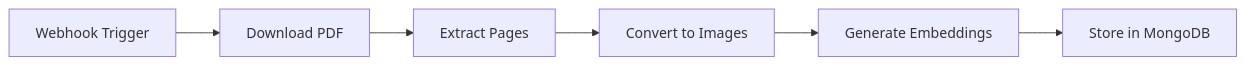
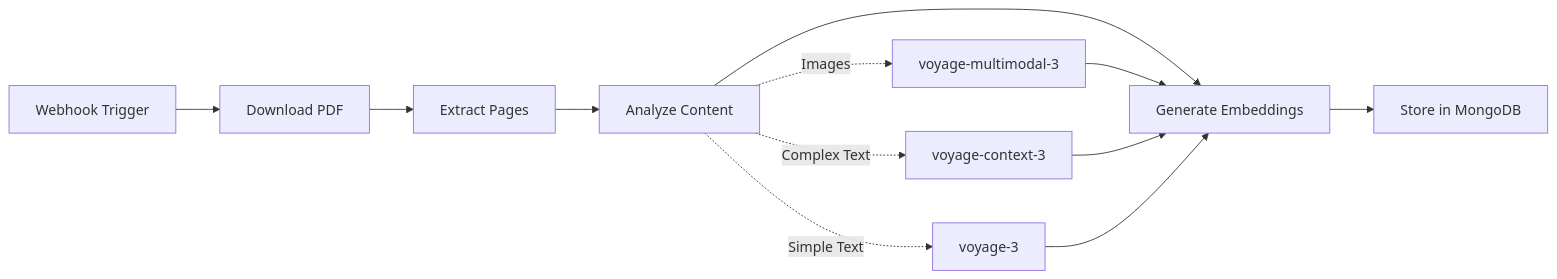
Before and after one commit to mrlynn/ai4-multimodal-agents-docs: the diagram in docs/40-pdf-processing-workflow.mdx, drawn with Mermaid. The commit also changed other lines of this file and 25 other files, not shown here.

Commit message:
- Complex technical text for Context-3 model testing   - Diagrams and figures for multimodal processing   - Research content relevant to AI4 conference attendees   - Multiple pages for demonstrating batch processing

````diff
--- a/docs/40-pdf-processing-workflow.mdx
+++ b/docs/40-pdf-processing-workflow.mdx
@@ -58,8 +66,16 @@
 ```mermaid
 graph LR
     A[Webhook Trigger] --> B[Download PDF]
     B --> C[Extract Pages]
-    C --> D[Convert to Images]
+    C --> D[Analyze Content]
     D --> E[Generate Embeddings]
     E --> F[Store in MongoDB]
+    
+    D -.->|Images| G[voyage-multimodal-3]
+    D -.->|Complex Text| H[voyage-context-3]
+    D -.->|Simple Text| I[voyage-3]
+    
+    G --> E
+    H --> E
+    I --> E
 ```
````
